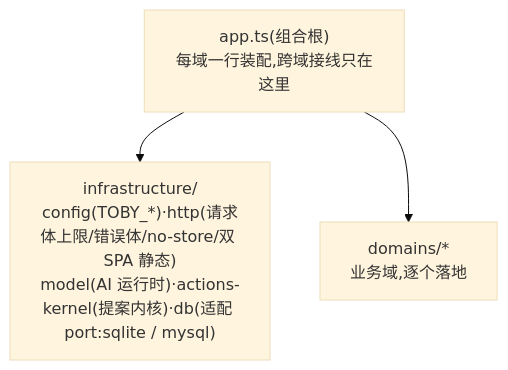
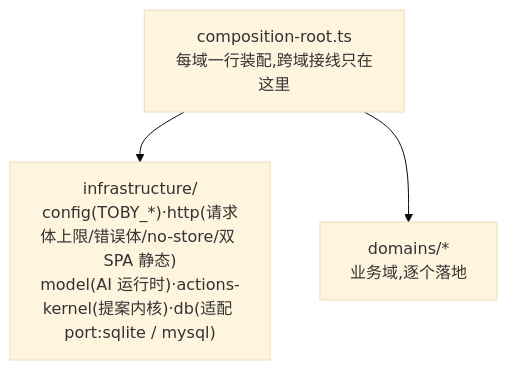
The third of 3 diagrams in docs/system-overview.zh.md (dengyusys/toby), drawn with Mermaid (base theme) before and after one commit. The commit also changed other lines of this file and 19 other files, not shown here.

Commit message:
refactor(server): rename app.ts to composition-root.ts

````diff
--- a/docs/system-overview.zh.md
+++ b/docs/system-overview.zh.md
@@ -114,8 +114,8 @@
 ```mermaid
 flowchart TB
-    BOOT["app.ts(组合根)<br/>每域一行装配,跨域接线只在这里"]
+    BOOT["composition-root.ts<br/>每域一行装配,跨域接线只在这里"]
     INFRA["infrastructure/<br/>config(TOBY_*)·http(请求体上限/错误体/no-store/双 SPA 静态)<br/>model(AI 运行时)·actions-kernel(提案内核)·db(适配 port:sqlite / mysql)"]
     DOM["domains/*<br/>业务域,逐个落地"]
     BOOT --> INFRA
     BOOT --> DOM
 ```
````
